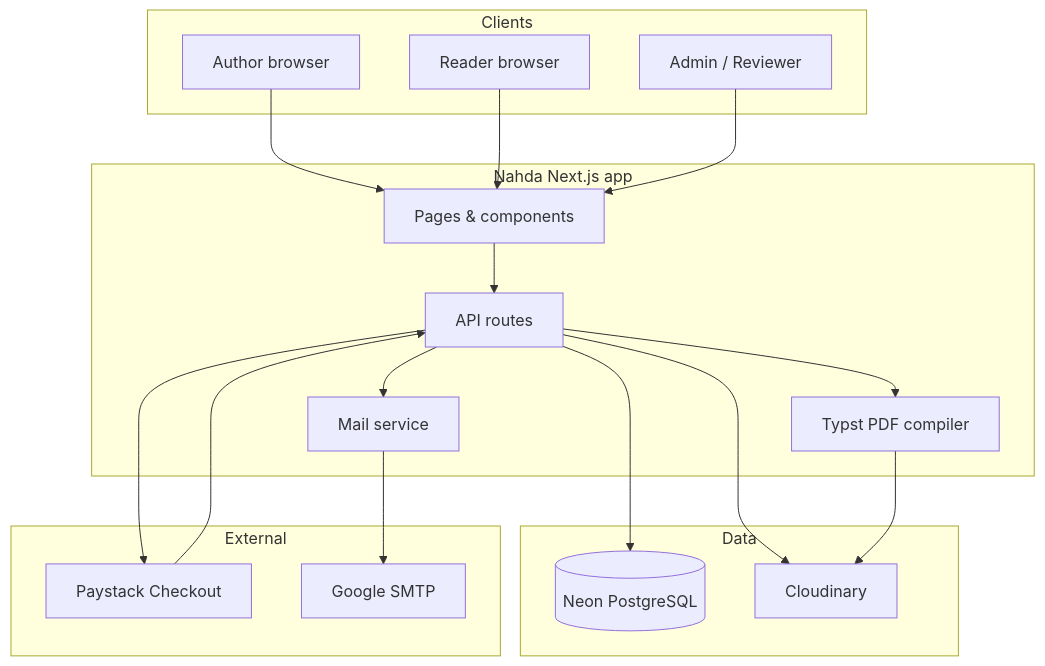
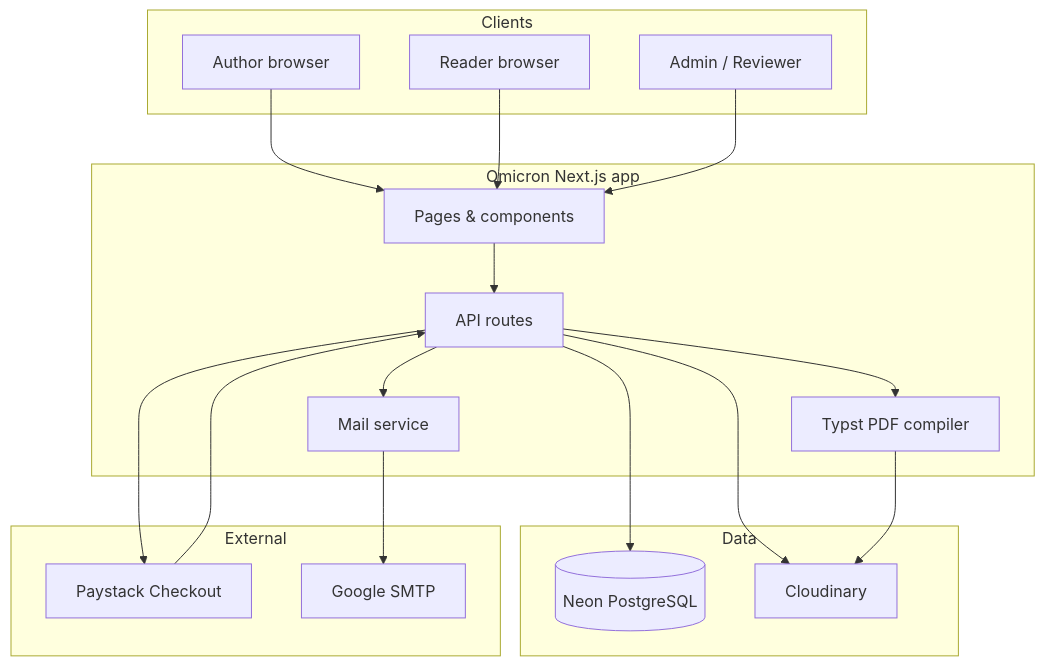
One commit to Felixowusu20/OmicronPublications changed the first of 8 diagrams in README.md. Above: the diagram before and after it, drawn with Mermaid. The commit also changed other lines of this file and 175 other files, not shown here.

First line of the commit message:
Rebrand Atlas/Nahda to Omicron Publications with ACS-inspired homepage.

````diff
--- a/README.md
+++ b/README.md
@@ -75,38 +75,38 @@
 ```mermaid
 flowchart TB
   subgraph Clients
     A[Author browser]
     R[Reader browser]
     E[Admin / Reviewer]
   end
 
-  subgraph NextApp["Nahda Next.js app"]
+  subgraph NextApp["Omicron Next.js app"]
     UI[Pages & components]
     API[API routes]
     PDF[Typst PDF compiler]
     Mail[Mail service]
   end
 
   subgraph Data
     DB[(Neon PostgreSQL)]
     CDN[Cloudinary]
   end
 
   subgraph External
     Paystack[Paystack Checkout]
     SMTP[Google SMTP]
   end
 
   A --> UI
   R --> UI
   E --> UI
   UI --> API
   API --> DB
   API --> CDN
   API --> PDF
   API --> Mail
   API --> Paystack
   Mail --> SMTP
   Paystack --> API
   PDF --> CDN
 ```
````
